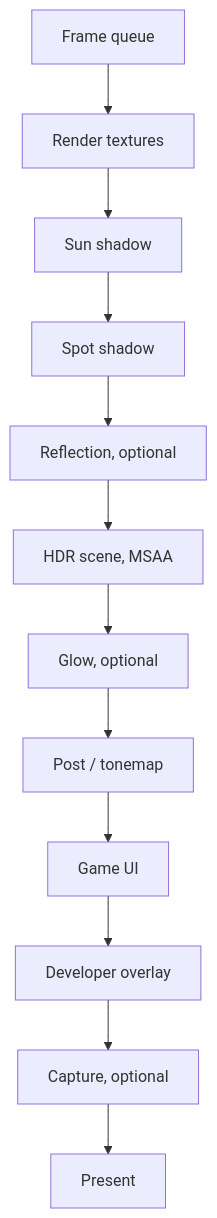
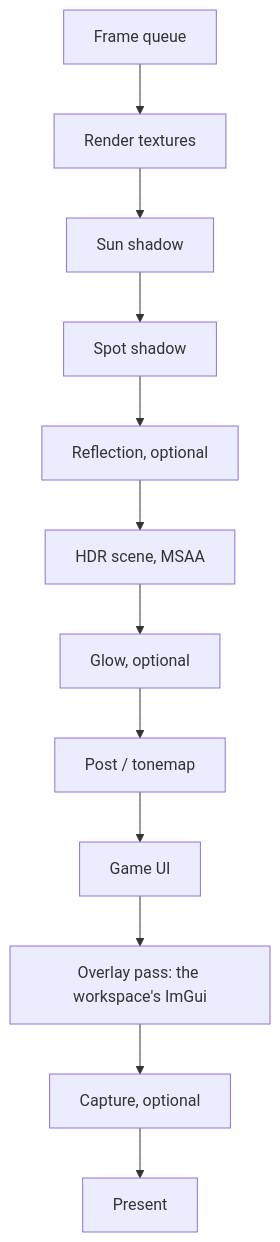
Before and after one commit to fgdoliveira/AtomEngine: the fourth of 7 diagrams in docs/Architecture.md, drawn with Mermaid. The commit also changed other lines of this file and 93 other files, not shown here.

````diff
--- a/docs/Architecture.md
+++ b/docs/Architecture.md
@@ -179,7 +210,7 @@
 ```mermaid
 flowchart TD
     Q[Frame queue] --> RT[Render textures] --> SS[Sun shadow] --> SP[Spot shadow]
     SP --> Ref[Reflection, optional] --> Scene[HDR scene, MSAA]
     Scene --> Glow[Glow, optional] --> Post[Post / tonemap] --> UI[Game UI]
-    UI --> ImGui[Developer overlay] --> Cap[Capture, optional] --> Present
+    UI --> Overlay[Overlay pass: the workspace's ImGui] --> Cap[Capture, optional] --> Present
 ```
````
